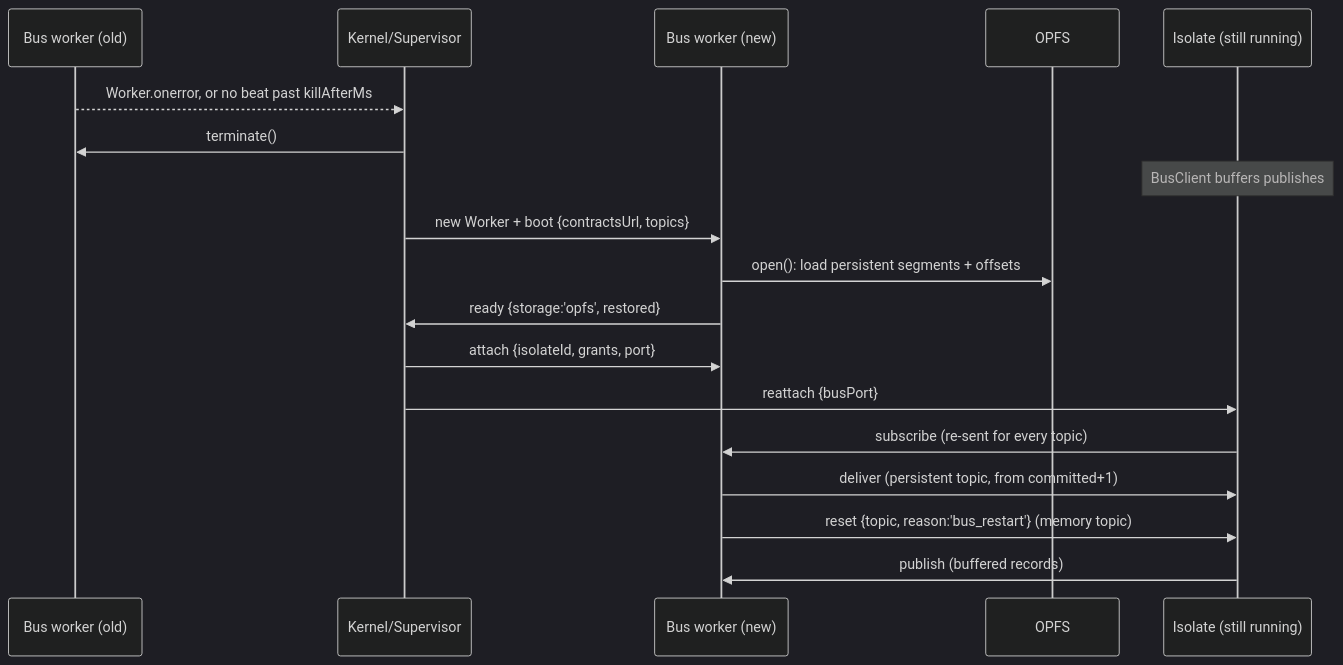
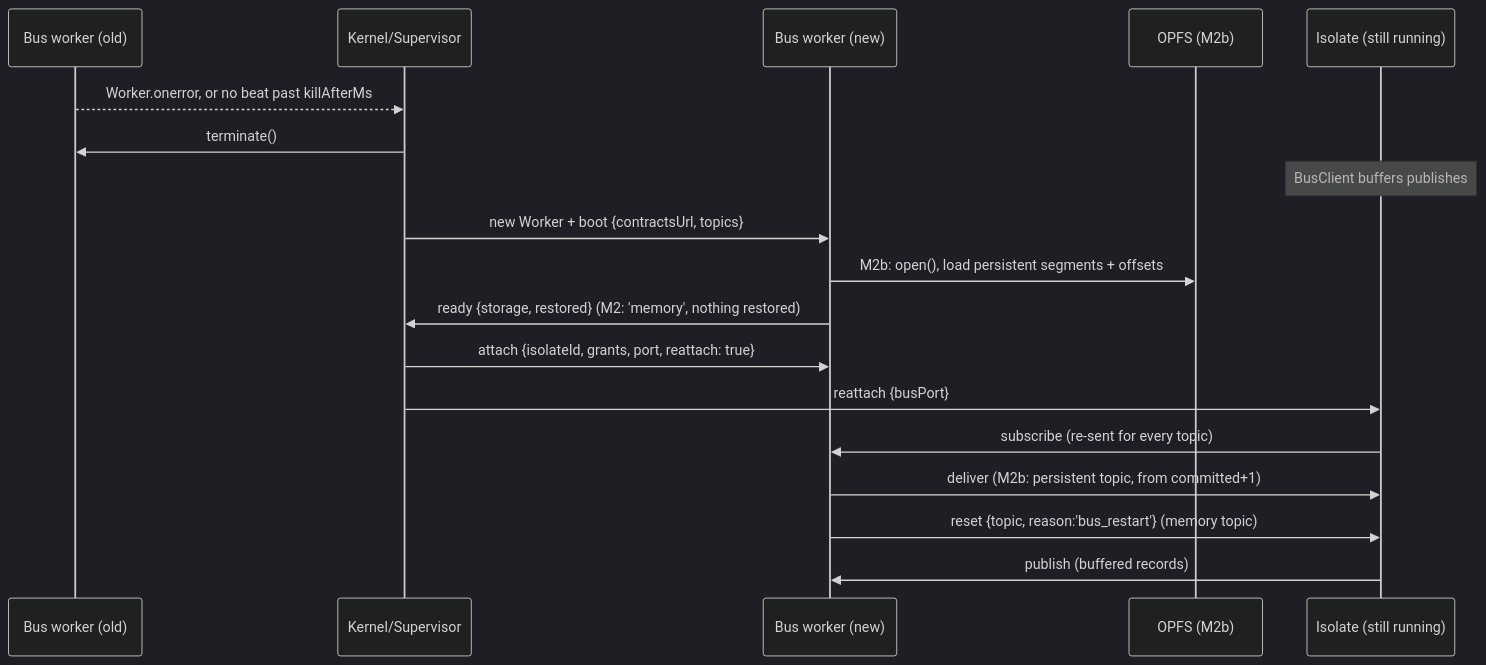
The eighth of 8 diagrams in docs/design/system-design.md (isoloop/isoloop), drawn with Mermaid (dark theme) before and after one commit. The commit also changed other lines of this file and 2 other files, not shown here.

````diff
--- a/docs/design/system-design.md
+++ b/docs/design/system-design.md
@@ -550,20 +577,20 @@
 ```mermaid
 sequenceDiagram
   participant B as Bus worker (old)
   participant K as Kernel/Supervisor
   participant B2 as Bus worker (new)
-  participant S as OPFS
+  participant S as OPFS (M2b)
   participant I as Isolate (still running)
   B-->>K: Worker.onerror, or no beat past killAfterMs
   K->>B: terminate()
   Note over I: BusClient buffers publishes
   K->>B2: new Worker + boot {contractsUrl, topics}
-  B2->>S: open(): load persistent segments + offsets
-  B2->>K: ready {storage:'opfs', restored}
-  K->>B2: attach {isolateId, grants, port}
+  B2->>S: M2b: open(), load persistent segments + offsets
+  B2->>K: ready {storage, restored} (M2: 'memory', nothing restored)
+  K->>B2: attach {isolateId, grants, port, reattach: true}
   K->>I: reattach {busPort}
   I->>B2: subscribe (re-sent for every topic)
-  B2->>I: deliver (persistent topic, from committed+1)
+  B2->>I: deliver (M2b: persistent topic, from committed+1)
   B2->>I: reset {topic, reason:'bus_restart'} (memory topic)
   I->>B2: publish (buffered records)
 ```
````
